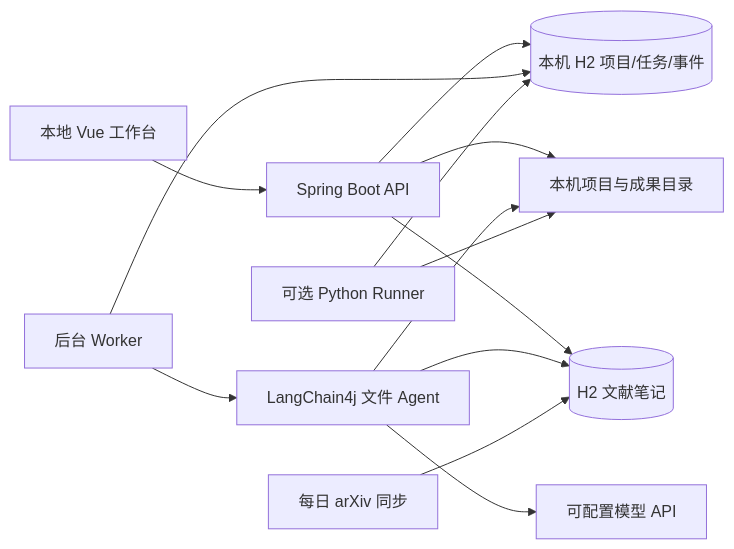
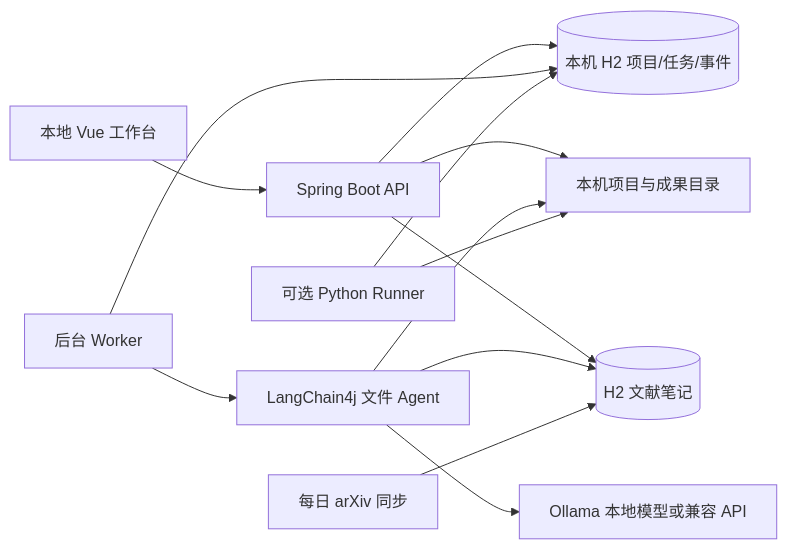
Before and after one commit to zhuanglaihong/research_agent: the diagram in README.md, drawn with Mermaid. The commit also changed other lines of this file and 16 other files, not shown here.

Commit message:
Checkpoint local research agent memory MCP and Ollama support

````diff
--- a/README.md
+++ b/README.md
@@ -177,15 +258,15 @@
 ```mermaid
 flowchart LR
   UI[本地 Vue 工作台] --> API[Spring Boot API]
   API --> DB[(本机 H2 项目/任务/事件)]
   API --> FILES[本机项目与成果目录]
   API --> NOTES[(H2 文献笔记)]
   WORKER[后台 Worker] --> DB
   WORKER --> AGENT[LangChain4j 文件 Agent]
-  AGENT --> MODEL[可配置模型 API]
+  AGENT --> MODEL[Ollama 本地模型或兼容 API]
   AGENT --> FILES
   AGENT --> NOTES
   SCHEDULER[每日 arXiv 同步] --> NOTES
   RUNNER[可选 Python Runner] --> DB
   RUNNER --> FILES
 ```
````
